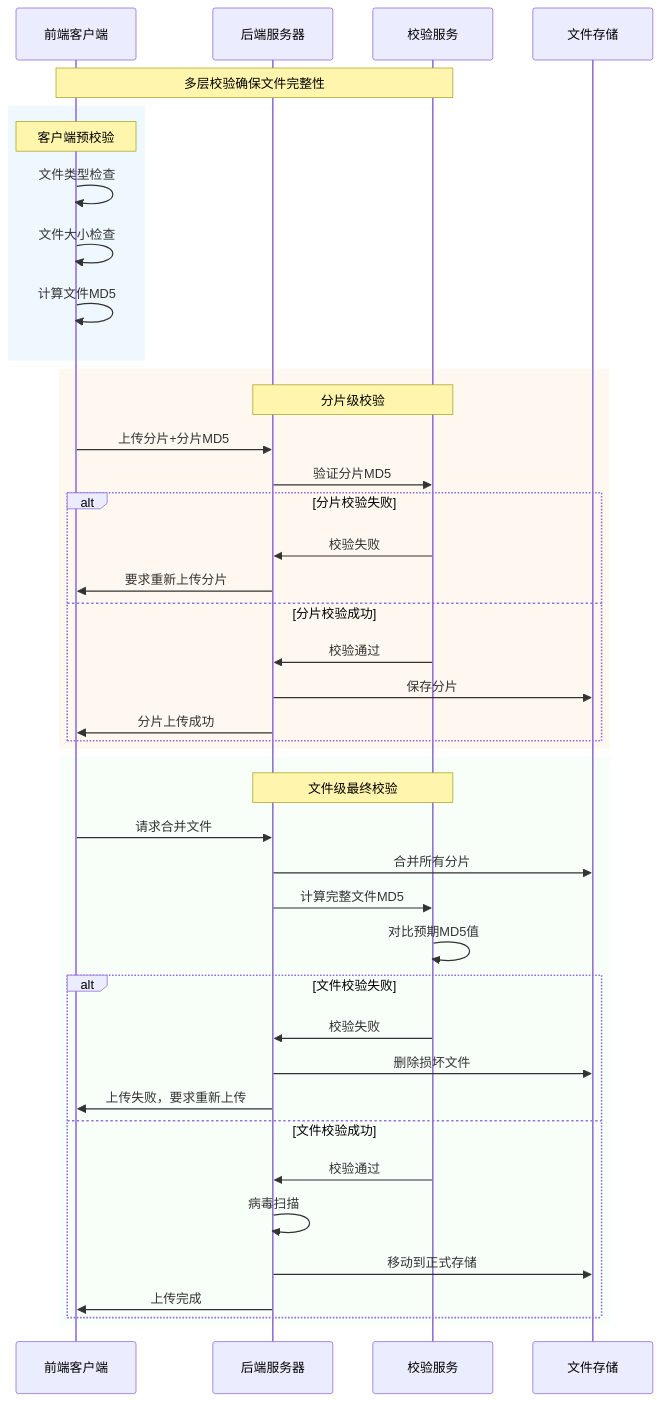
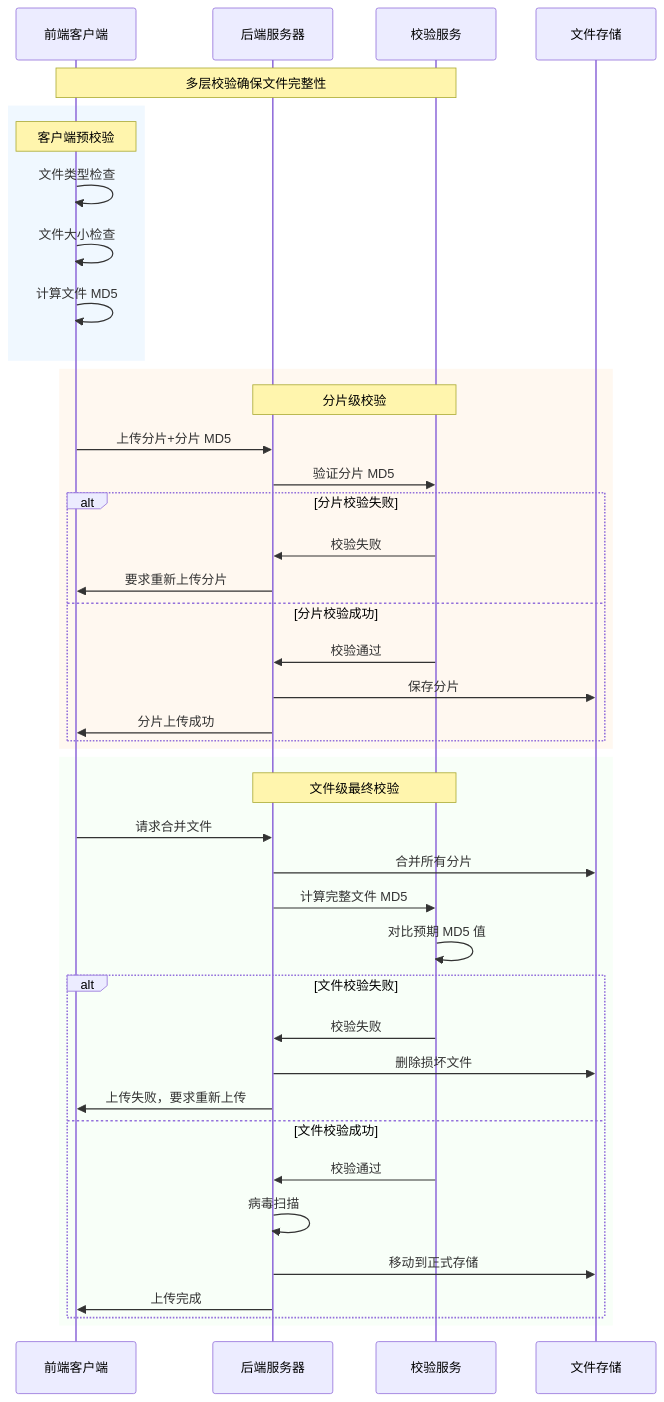
One commit to weihongyu12/web changed the first of 4 diagrams in docs/features/file-upload/README.md. Above: the diagram before and after it, drawn with Mermaid. The commit also changed other lines of this file, not shown here.

````diff
--- a/docs/features/file-upload/README.md
+++ b/docs/features/file-upload/README.md
@@ -9,49 +9,49 @@
 ```mermaid
 sequenceDiagram
     participant C as 前端客户端
     participant S as 后端服务器
     participant V as 校验服务
     participant FS as 文件存储
 
     Note over C,V: 多层校验确保文件完整性
     
     rect rgb(240, 248, 255)
         Note over C: 客户端预校验
         C->>C: 文件类型检查
         C->>C: 文件大小检查
-        C->>C: 计算文件MD5
+        C->>C: 计算文件 MD5
     end
     
     rect rgb(255, 248, 240)
         Note over S,V: 分片级校验
-        C->>S: 上传分片+分片MD5
-        S->>V: 验证分片MD5
+        C->>S: 上传分片+分片 MD5
+        S->>V: 验证分片 MD5
         alt 分片校验失败
             V->>S: 校验失败
             S->>C: 要求重新上传分片
         else 分片校验成功
             V->>S: 校验通过
             S->>FS: 保存分片
             S->>C: 分片上传成功
         end
     end
     
     rect rgb(248, 255, 248)
         Note over S,V: 文件级最终校验
         C->>S: 请求合并文件
         S->>FS: 合并所有分片
-        S->>V: 计算完整文件MD5
-        V->>V: 对比预期MD5值
+        S->>V: 计算完整文件 MD5
+        V->>V: 对比预期 MD5 值
         
         alt 文件校验失败
             V->>S: 校验失败
             S->>FS: 删除损坏文件
             S->>C: 上传失败，要求重新上传
         else 文件校验成功
             V->>S: 校验通过
             S->>S: 病毒扫描
             S->>FS: 移动到正式存储
             S->>C: 上传完成
         end
     end
 ```
````
